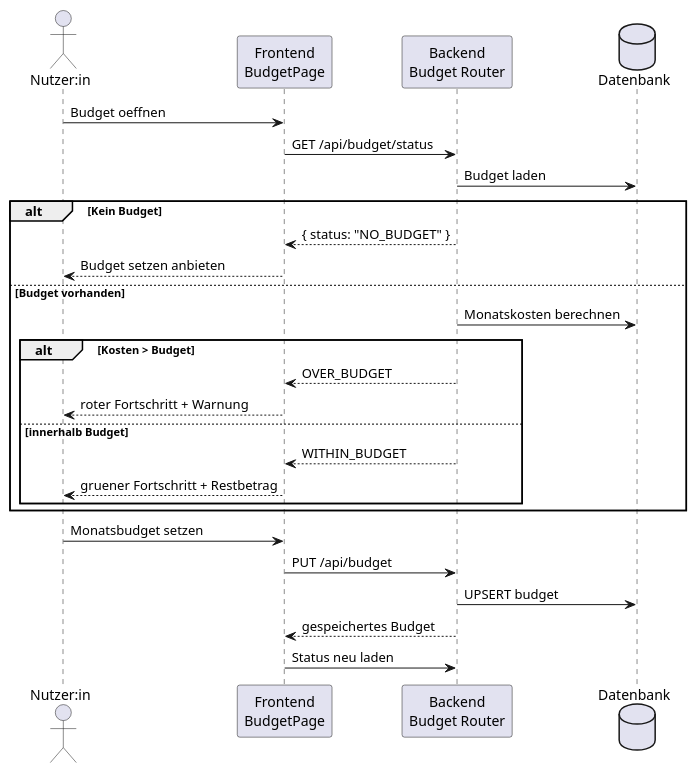
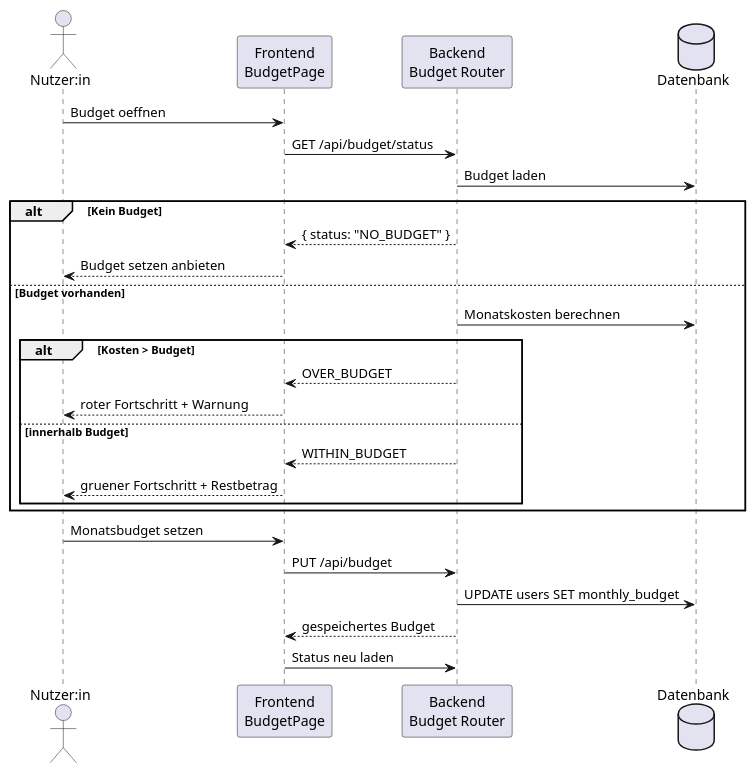
One commit to momel13/SubscriptionGuard-E2 changed the ninth of 9 diagrams in docs/technical/design.adoc. Above: the diagram before and after it, drawn with PlantUML. The commit also changed other lines of this file and 1 other file, not shown here.

Commit message:
budget vereinheitlicht

```diff
--- a/docs/technical/design.adoc
+++ b/docs/technical/design.adoc
@@ -665,32 +657,32 @@
 [plantuml,sequence-budget,svg]
 ----
 @startuml
 actor "Nutzer:in" as User
 participant "Frontend\nBudgetPage" as FE
 participant "Backend\nBudget Router" as BE
 database "Datenbank" as DB
 
 User -> FE : Budget oeffnen
 FE -> BE : GET /api/budget/status
 BE -> DB : Budget laden
 alt Kein Budget
   BE --> FE : { status: "NO_BUDGET" }
   FE --> User : Budget setzen anbieten
 else Budget vorhanden
   BE -> DB : Monatskosten berechnen
   alt Kosten > Budget
     BE --> FE : OVER_BUDGET
     FE --> User : roter Fortschritt + Warnung
   else innerhalb Budget
     BE --> FE : WITHIN_BUDGET
     FE --> User : gruener Fortschritt + Restbetrag
   end
 end
 
 User -> FE : Monatsbudget setzen
 FE -> BE : PUT /api/budget
-BE -> DB : UPSERT budget
+BE -> DB : UPDATE users SET monthly_budget
 BE --> FE : gespeichertes Budget
 FE -> BE : Status neu laden
 @enduml
 ----
```
